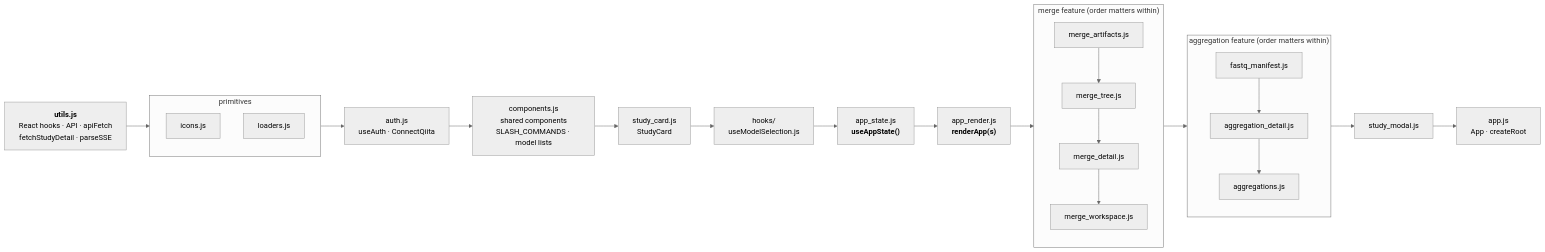
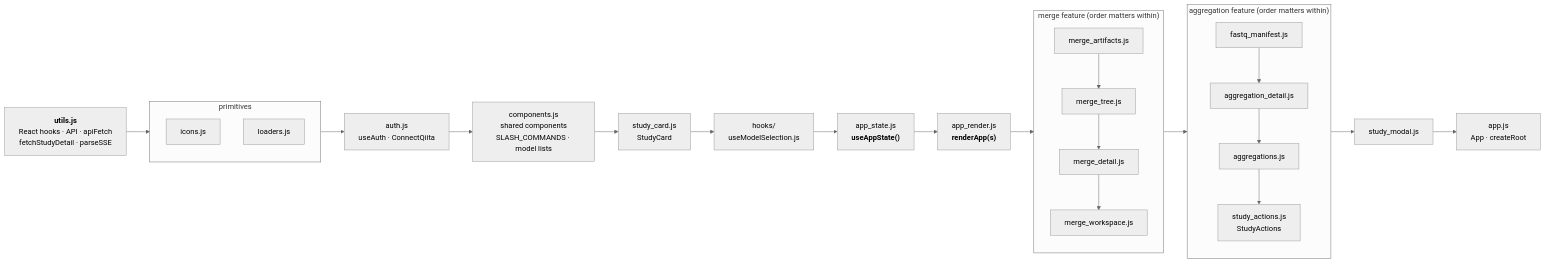
The first of 3 diagrams in docs/08-frontend.md (dhruvviveksharma/QiitaExplore), drawn with Mermaid (neutral theme) before and after one commit. The commit also changed other lines of this file and 3 other files, not shown here.

````diff
--- a/docs/08-frontend.md
+++ b/docs/08-frontend.md
@@ -60,35 +60,36 @@
 ```mermaid
 flowchart LR
     U["<b>utils.js</b><br/>React hooks · API · apiFetch<br/>fetchStudyDetail · parseSSE"]
 
     subgraph P["primitives"]
         direction TB
         I["icons.js"]
         L["loaders.js"]
     end
 
     A["auth.js<br/>useAuth · ConnectQiita"]
     C["components.js<br/>shared components<br/>SLASH_COMMANDS · model lists"]
     SC["study_card.js<br/>StudyCard"]
     H["hooks/<br/>useModelSelection.js"]
     S["app_state.js<br/><b>useAppState()</b>"]
     R["app_render.js<br/><b>renderApp(s)</b>"]
 
     subgraph M["merge feature (order matters within)"]
         direction TB
         MA["merge_artifacts.js"] --> MT["merge_tree.js"]
         MT --> MD["merge_detail.js"]
         MD --> MW["merge_workspace.js"]
     end
 
     subgraph G["aggregation feature (order matters within)"]
         direction TB
         FM["fastq_manifest.js"] --> AD["aggregation_detail.js"]
         AD --> AG["aggregations.js"]
+        AG --> SA["study_actions.js<br/>StudyActions"]
     end
 
     SM["study_modal.js"]
     AP["app.js<br/>App · createRoot"]
 
     U --> P --> A --> C --> SC --> H --> S --> R --> M --> G --> SM --> AP
 ```
````
